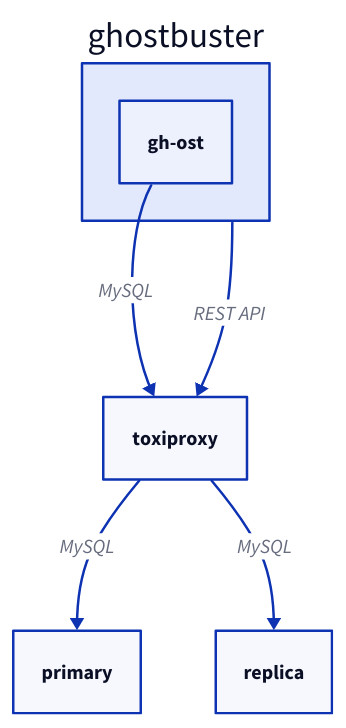
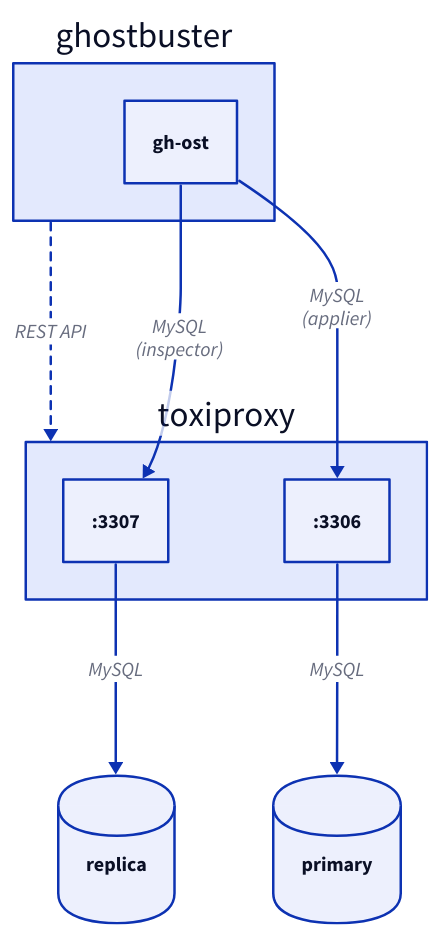
One commit to timvaillancourt/ghostbuster changed the diagram in ghostbuster.d2. Above: the diagram before and after it, drawn with D2. The commit also changed 3 other files, not shown here.

```diff
--- a/ghostbuster.d2
+++ b/ghostbuster.d2
@@ -1,9 +1,24 @@
 ghostbuster: {
   gh-ost: gh-ost
 }
-ghostbuster.gh-ost -> toxiproxy: MySQL
 
-ghostbuster -> toxiproxy: REST API
+toxiproxy: {
+  primary: :3306
+  replica: :3307
+}
 
-toxiproxy -> primary: MySQL
-toxiproxy -> replica: MySQL
+ghostbuster -> toxiproxy: REST API {
+  style.stroke-dash: 3
+}
+ghostbuster.gh-ost -> toxiproxy.primary: MySQL\n(applier)
+ghostbuster.gh-ost -> toxiproxy.replica: MySQL\n(inspector)
+
+primary: {
+  shape: cylinder
+}
+replica: {
+  shape: cylinder
+}
+
+toxiproxy.primary -> primary: MySQL
+toxiproxy.replica -> replica: MySQL
```
